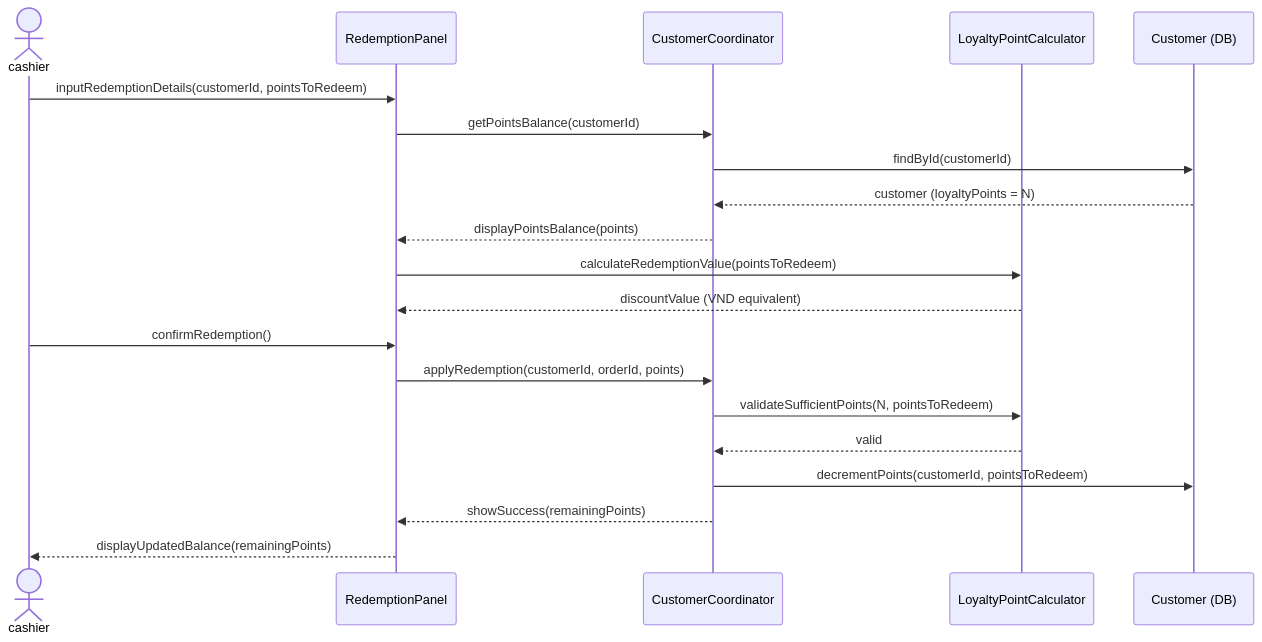
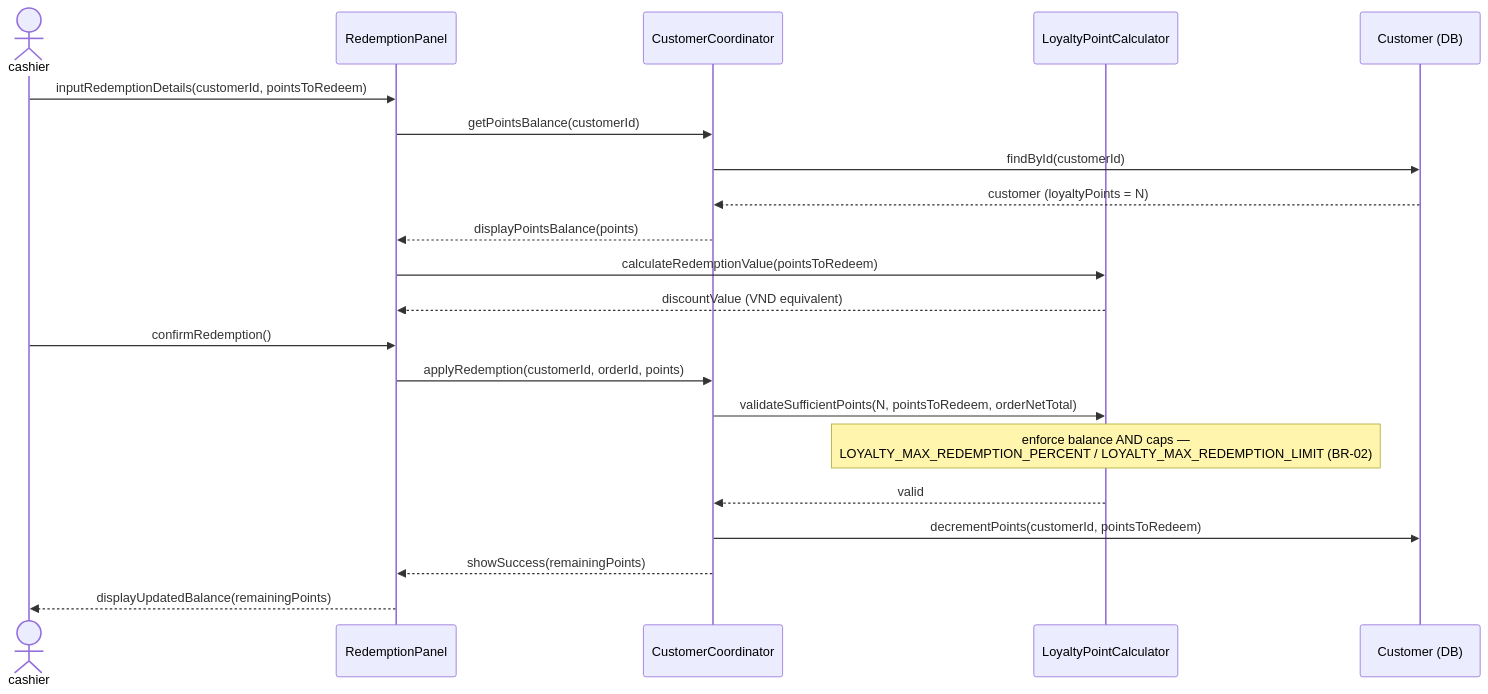
The third of 4 diagrams in docs/rds_sections/08_detailed_3_5_customer_membership.md (Shaichi/khoga_cafe), drawn with Mermaid before and after one commit. The commit also changed other lines of this file and 22 other files, not shown here.

````diff
--- a/docs/rds_sections/08_detailed_3_5_customer_membership.md
+++ b/docs/rds_sections/08_detailed_3_5_customer_membership.md
@@ -99,25 +100,26 @@
 ```mermaid
 sequenceDiagram
     actor cashier
     participant RedemptionPanel
     participant CustomerCoord as CustomerCoordinator
     participant LoyaltyCalc as LoyaltyPointCalculator
     participant CustomerDB as Customer (DB)
 
     cashier->>RedemptionPanel: inputRedemptionDetails(customerId, pointsToRedeem)
     RedemptionPanel->>CustomerCoord: getPointsBalance(customerId)
     CustomerCoord->>CustomerDB: findById(customerId)
     CustomerDB-->>CustomerCoord: customer (loyaltyPoints = N)
     CustomerCoord-->>RedemptionPanel: displayPointsBalance(points)
 
     RedemptionPanel->>LoyaltyCalc: calculateRedemptionValue(pointsToRedeem)
     LoyaltyCalc-->>RedemptionPanel: discountValue (VND equivalent)
 
     cashier->>RedemptionPanel: confirmRedemption()
     RedemptionPanel->>CustomerCoord: applyRedemption(customerId, orderId, points)
-    CustomerCoord->>LoyaltyCalc: validateSufficientPoints(N, pointsToRedeem)
+    CustomerCoord->>LoyaltyCalc: validateSufficientPoints(N, pointsToRedeem, orderNetTotal)
+    Note over LoyaltyCalc: enforce balance AND caps —<br/>LOYALTY_MAX_REDEMPTION_PERCENT / LOYALTY_MAX_REDEMPTION_LIMIT (BR-02)
     LoyaltyCalc-->>CustomerCoord: valid
     CustomerCoord->>CustomerDB: decrementPoints(customerId, pointsToRedeem)
     CustomerCoord-->>RedemptionPanel: showSuccess(remainingPoints)
     RedemptionPanel-->>cashier: displayUpdatedBalance(remainingPoints)
 ```
````
